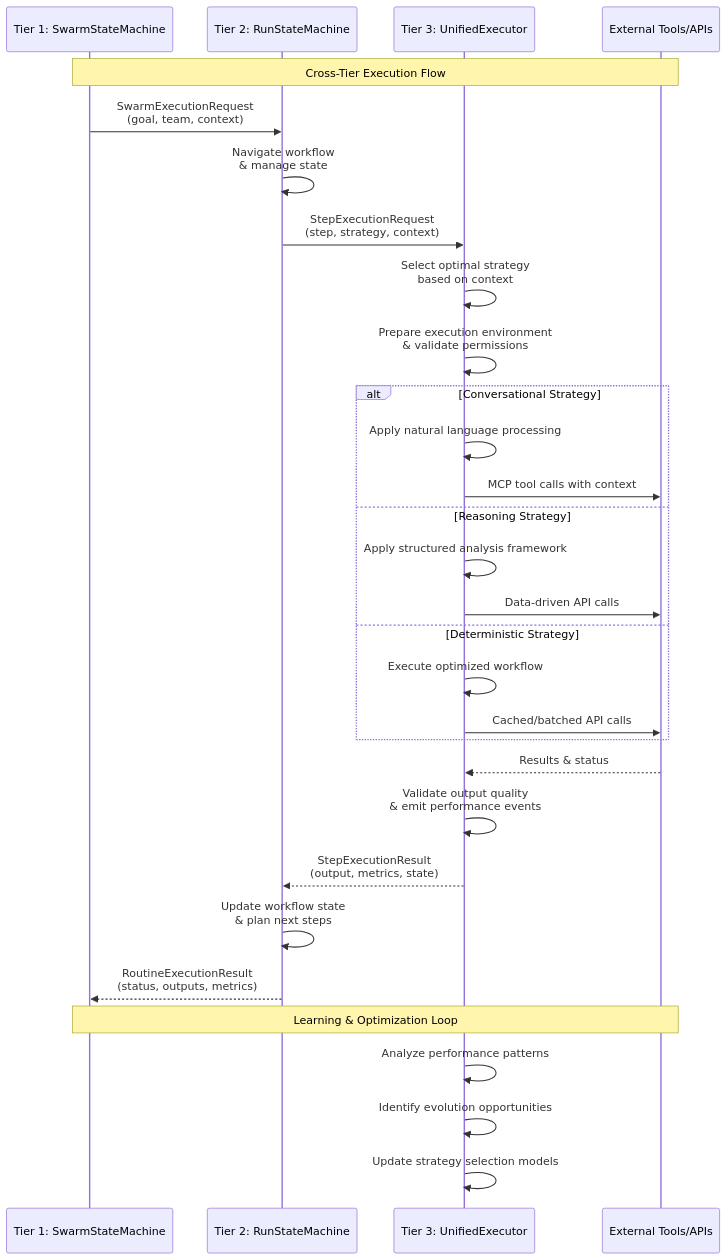
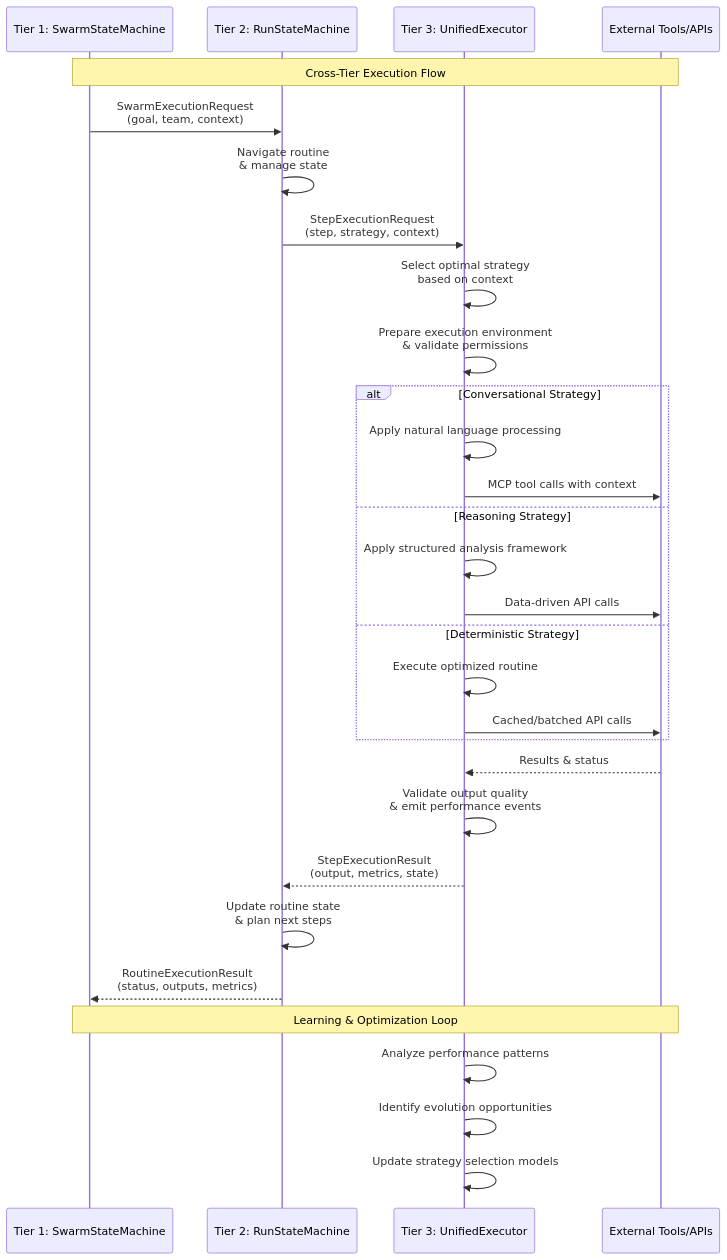
Before and after one commit to Vrooli/Vrooli: diagram 29 of 50 in docs/ai-execution-architecture.md, drawn with Mermaid. The commit also changed other lines of this file, not shown here.

Commit message:
Execution architecture p12

````diff
--- a/docs/ai-execution-architecture.md
+++ b/docs/ai-execution-architecture.md
@@ -2241,39 +2343,39 @@
 ```mermaid
 sequenceDiagram
     participant T1 as Tier 1: SwarmStateMachine
     participant T2 as Tier 2: RunStateMachine  
     participant T3 as Tier 3: UnifiedExecutor
     participant Tools as External Tools/APIs
     
     Note over T1,Tools: Cross-Tier Execution Flow
     
     T1->>T2: SwarmExecutionRequest<br/>(goal, team, context)
-    T2->>T2: Navigate workflow<br/>& manage state
+    T2->>T2: Navigate routine<br/>& manage state
     T2->>T3: StepExecutionRequest<br/>(step, strategy, context)
     
     T3->>T3: Select optimal strategy<br/>based on context
     T3->>T3: Prepare execution environment<br/>& validate permissions
     
     alt Conversational Strategy
         T3->>T3: Apply natural language processing
         T3->>Tools: MCP tool calls with context
     else Reasoning Strategy  
         T3->>T3: Apply structured analysis framework
         T3->>Tools: Data-driven API calls
     else Deterministic Strategy
-        T3->>T3: Execute optimized workflow
+        T3->>T3: Execute optimized routine
         T3->>Tools: Cached/batched API calls
     end
     
     Tools-->>T3: Results & status
     T3->>T3: Validate output quality<br/>& emit performance events
     T3-->>T2: StepExecutionResult<br/>(output, metrics, state)
     
-    T2->>T2: Update workflow state<br/>& plan next steps
+    T2->>T2: Update routine state<br/>& plan next steps
     T2-->>T1: RoutineExecutionResult<br/>(status, outputs, metrics)
     
     Note over T1,Tools: Learning & Optimization Loop
     T3->>T3: Analyze performance patterns
     T3->>T3: Identify evolution opportunities
     T3->>T3: Update strategy selection models
 ```
````
